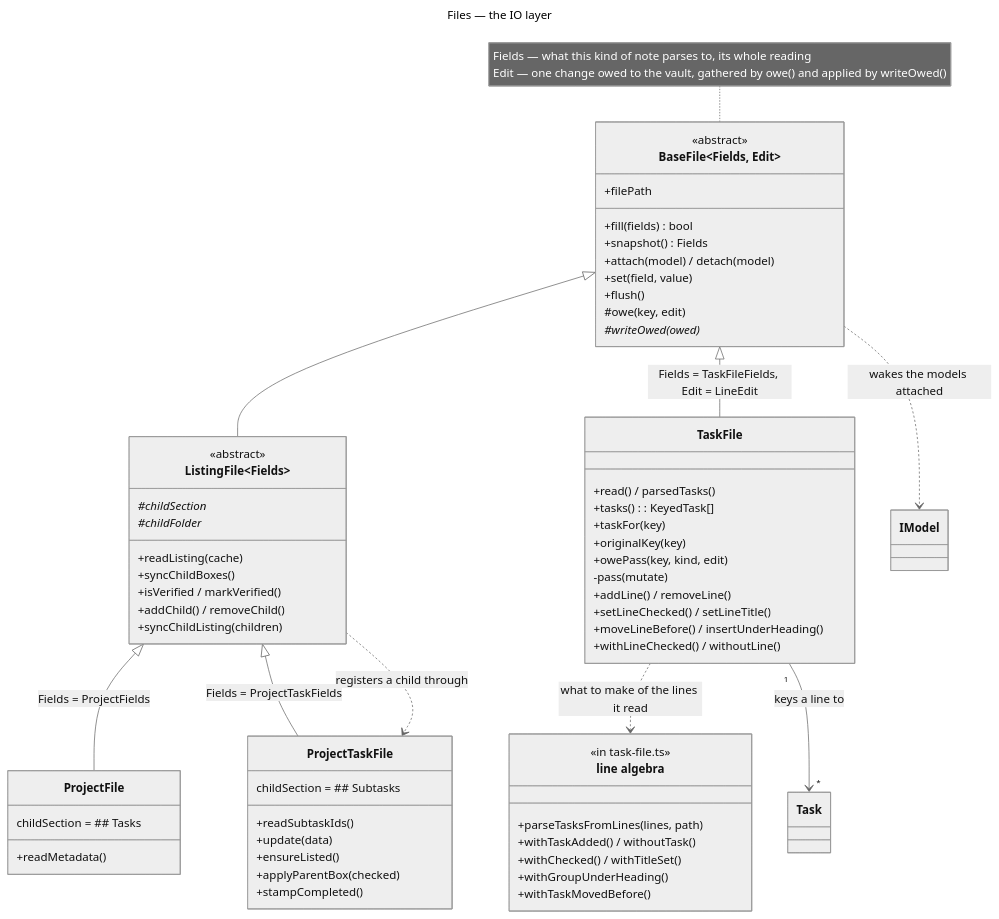
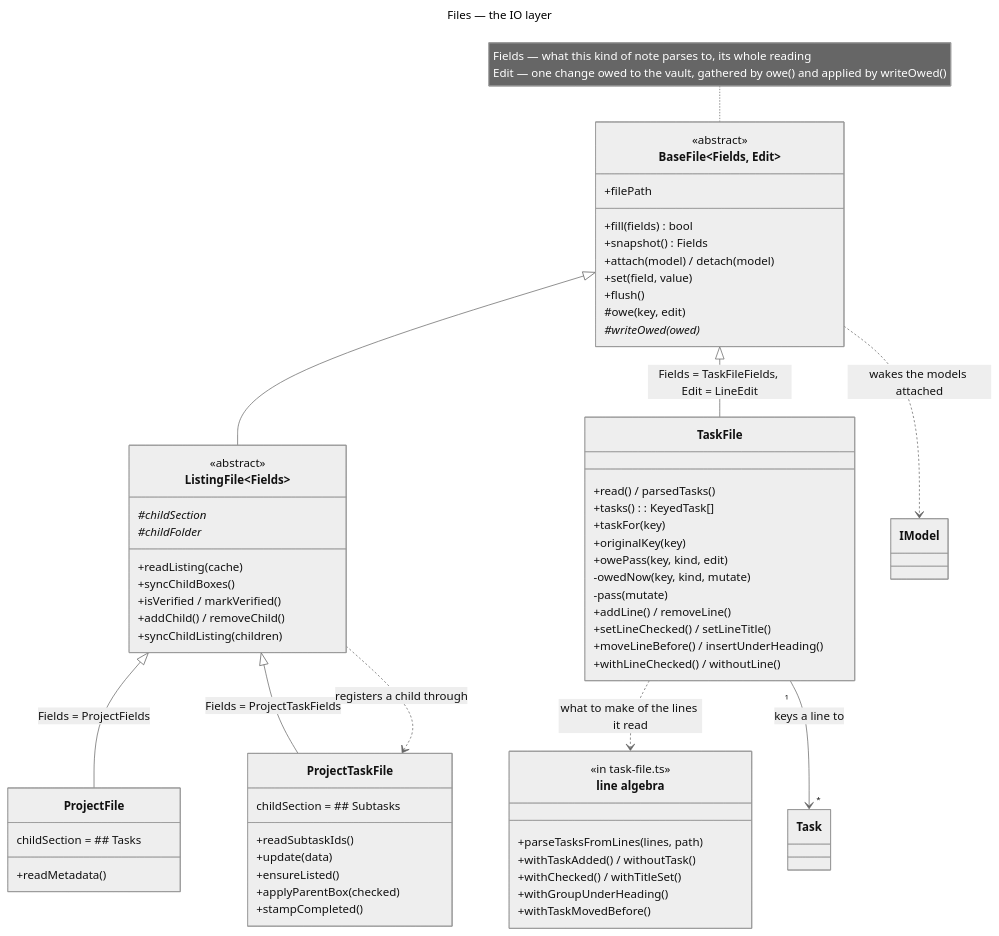
Before and after one commit to Laurent-Ferier/pm-compass: the diagram in docs/technical/diagrams/files.mmd, drawn with Mermaid (neutral theme). The commit also changed 19 other files, not shown here.

```diff
--- a/docs/technical/diagrams/files.mmd
+++ b/docs/technical/diagrams/files.mmd
@@ -1,76 +1,77 @@
 ---
 title: Files — the IO layer
 ---
 classDiagram
   direction TB
 
   class BaseFile~Fields, Edit~ {
     <<abstract>>
     +filePath
     +fill(fields) bool
     +snapshot() Fields
     +attach(model) / detach(model)
     +set(field, value)
     +flush()
     #owe(key, edit)
     #writeOwed(owed)*
   }
 
   class ListingFile~Fields~ {
     <<abstract>>
     +readListing(cache)
     +syncChildBoxes()
     +isVerified / markVerified()
     +addChild() / removeChild()
     +syncChildListing(children)
     #childSection*
     #childFolder*
   }
 
   class ProjectFile {
     +readMetadata()
     childSection = ## Tasks
   }
 
   class ProjectTaskFile {
     +readSubtaskIds()
     +update(data)
     +ensureListed()
     +applyParentBox(checked)
     +stampCompleted()
     childSection = ## Subtasks
   }
 
   class TaskFile {
     +read() / parsedTasks()
     +tasks(): KeyedTask[]
     +taskFor(key)
     +originalKey(key)
     +owePass(key, kind, edit)
+    -owedNow(key, kind, mutate)
     -pass(mutate)
     +addLine() / removeLine()
     +setLineChecked() / setLineTitle()
     +moveLineBefore() / insertUnderHeading()
     +withLineChecked() / withoutLine()
   }
 
   class lineAlgebra["line algebra"] {
     <<in task-file.ts>>
     +parseTasksFromLines(lines, path)
     +withTaskAdded() / withoutTask()
     +withChecked() / withTitleSet()
     +withGroupUnderHeading()
     +withTaskMovedBefore()
   }
 
   note for BaseFile "Fields — what this kind of note parses to, its whole reading<br/>Edit — one change owed to the vault, gathered by owe() and applied by writeOwed()"
 
   BaseFile <|-- ListingFile
   BaseFile <|-- TaskFile : Fields = TaskFileFields, Edit = LineEdit
   ListingFile <|-- ProjectFile : Fields = ProjectFields
   ListingFile <|-- ProjectTaskFile : Fields = ProjectTaskFields
 
   BaseFile ..> IModel : wakes the models attached
   ListingFile ..> ProjectTaskFile : registers a child through
   TaskFile ..> lineAlgebra : what to make of the lines it read
   TaskFile "1" --> "*" Task : keys a line to
```
